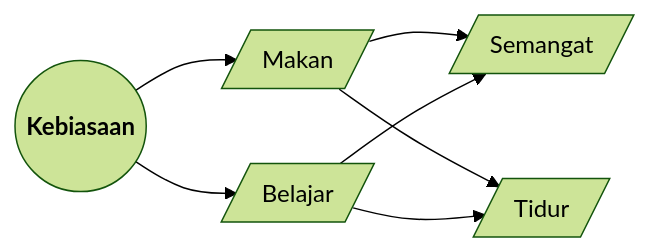
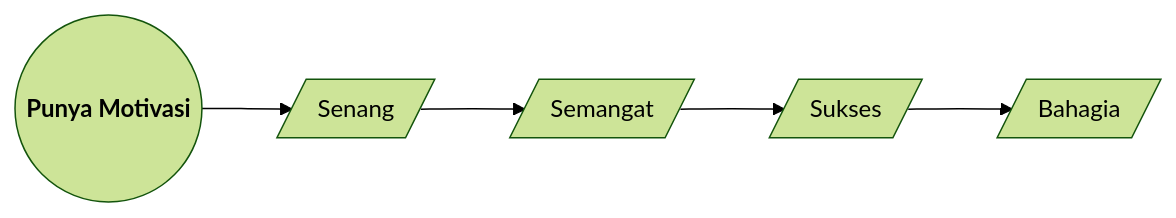
One commit to NerdyVandheka/lecture-notes changed the diagram in content/notes/hello-world.md. Above: the diagram before and after it, drawn with Mermaid (forest theme). The commit also changed other lines of this file, not shown here.

Commit message:
new post

```diff
--- a/content/notes/hello-world.md
+++ b/content/notes/hello-world.md
@@ -20,9 +20,9 @@
 {{< mermaid >}}
 flowchart LR
-  B--> I & P --> O & E
-  B(("<b>Kebiasaan</b>"))
-  I[/"Makan"/]
-  P[/"Belajar"/]
-  O[/"Semangat"/]
-  E[/"Tidur"/]
+  B--> I --> P --> O --> E
+  B(("<b>Punya Motivasi</b>"))
+  I[/"Senang"/]
+  P[/"Semangat"/]
+  O[/"Sukses"/]
+  E[/"Bahagia"/]
 {{< /mermaid >}}
```
